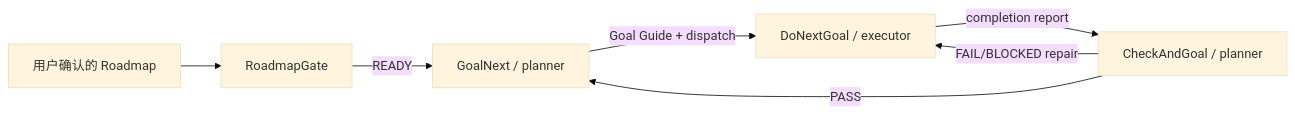
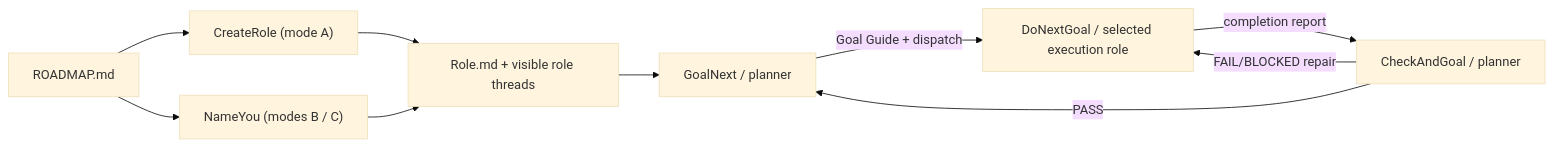
One commit to onovich/goal-next.skill changed the diagram in README.md. Above: the diagram before and after it, drawn with Mermaid (base theme). The commit also changed other lines of this file and 20 other files, not shown here.

Commit message:
feat: add visible role orchestration workflow

````diff
--- a/README.md
+++ b/README.md
@@ -126,9 +114,12 @@
 ```mermaid
 flowchart LR
-  RM["用户确认的 Roadmap"] --> RG["RoadmapGate"]
-  RG -->|"READY"| GN["GoalNext / planner"]
-  GN -->|"Goal Guide + dispatch"| DG["DoNextGoal / executor"]
+  RM["ROADMAP.md"] --> CR["CreateRole (mode A)"]
+  RM --> NY["NameYou (modes B / C)"]
+  CR --> RR["Role.md + visible role threads"]
+  NY --> RR
+  RR --> GN["GoalNext / planner"]
+  GN -->|"Goal Guide + dispatch"| DG["DoNextGoal / selected execution role"]
   DG -->|"completion report"| CG["CheckAndGoal / planner"]
   CG -->|"PASS"| GN
   CG -->|"FAIL/BLOCKED repair"| DG
 ```
````
